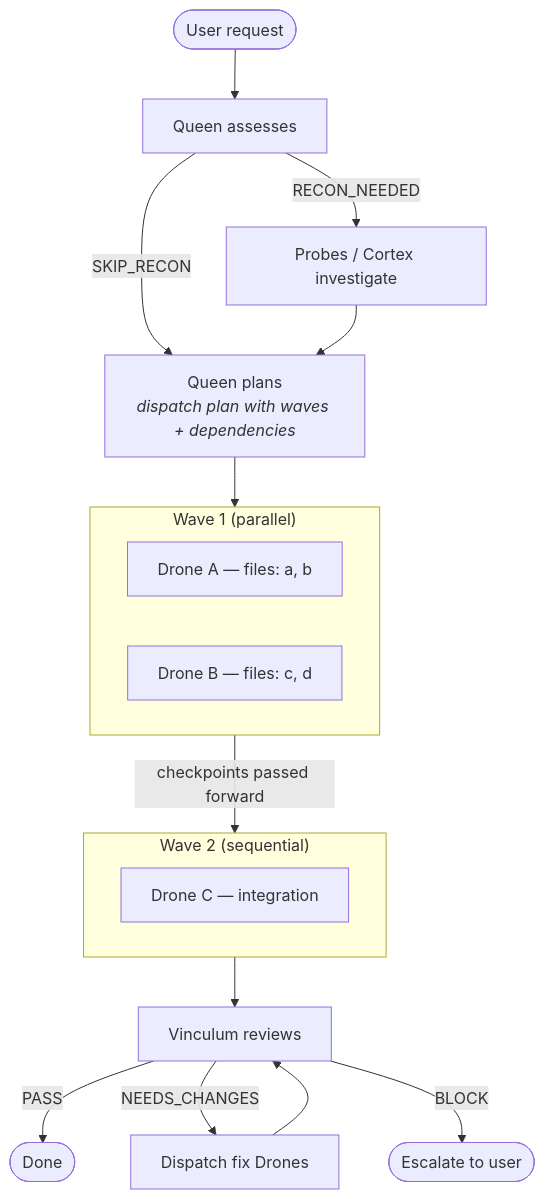
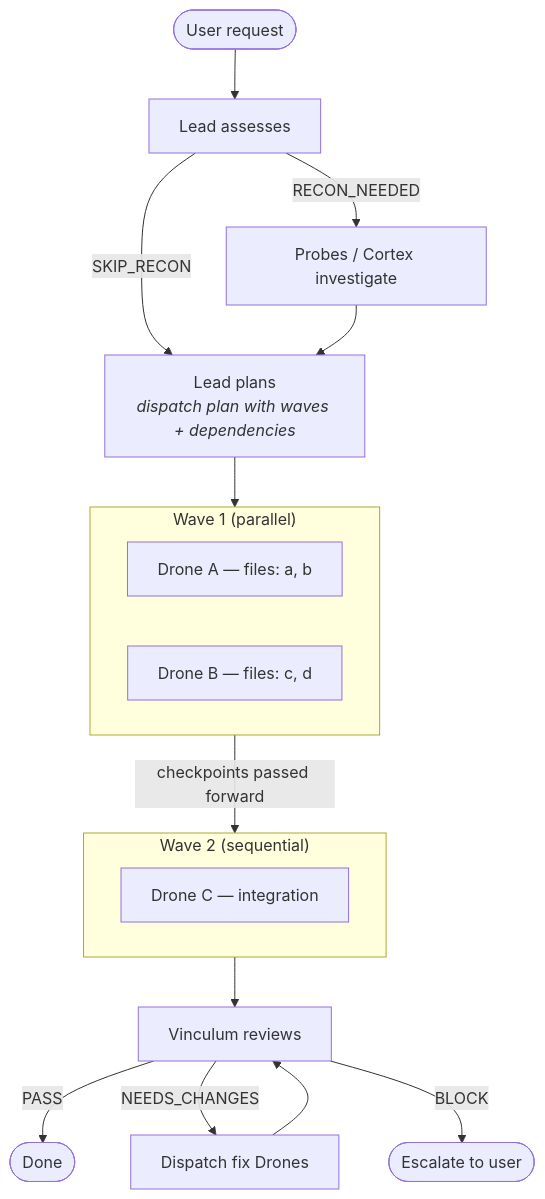
One commit to benediktms/unimatrix changed the fourth of 8 diagrams in README.md. Above: the diagram before and after it, drawn with Mermaid. The commit also changed other lines of this file, not shown here.

First line of the commit message:
fix: audit README — replace Queen with Lead, fix Mermaid line breaks

````diff
--- a/README.md
+++ b/README.md
@@ -208,30 +205,30 @@
 ```mermaid
 flowchart TD
     Request([User request])
     Request --> Assess
 
-    Assess["Queen assesses"]
+    Assess["Lead assesses"]
     Assess -->|RECON_NEEDED| Recon["Probes / Cortex investigate"]
     Assess -->|SKIP_RECON| Plan
 
-    Recon --> Plan["Queen plans<br/><i>dispatch plan with waves + dependencies</i>"]
+    Recon --> Plan["Lead plans<br/><i>dispatch plan with waves + dependencies</i>"]
 
     Plan --> Wave1
 
     subgraph Wave1 ["Wave 1 (parallel)"]
         DroneA["Drone A — files: a, b"]
         DroneB["Drone B — files: c, d"]
     end
 
     Wave1 -->|checkpoints passed forward| Wave2
 
     subgraph Wave2 ["Wave 2 (sequential)"]
         DroneC["Drone C — integration"]
     end
 
     Wave2 --> Review["Vinculum reviews"]
     Review -->|PASS| Done([Done])
     Review -->|NEEDS_CHANGES| Fix["Dispatch fix Drones"]
     Review -->|BLOCK| Escalate([Escalate to user])
     Fix --> Review
 ```
````
